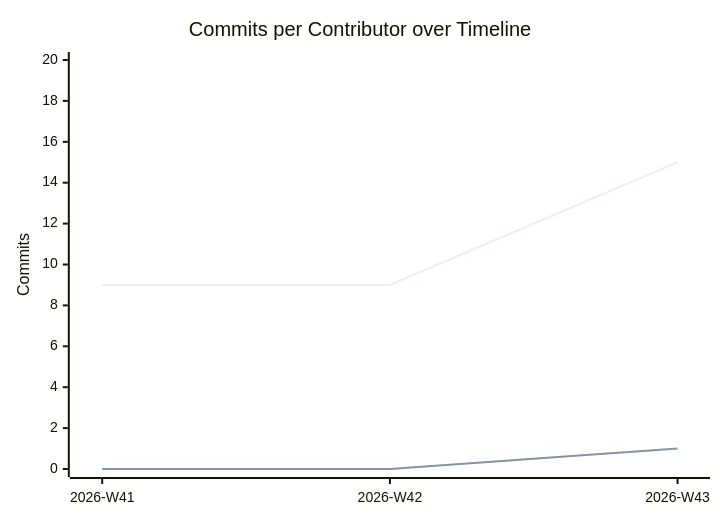
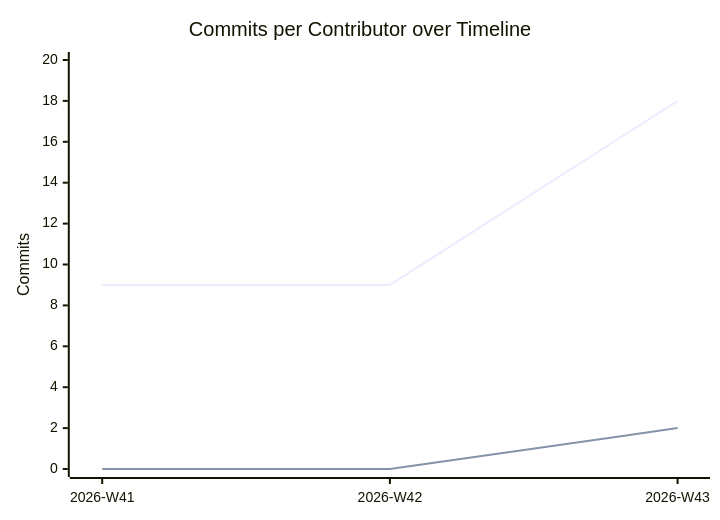
Before and after one commit to BeyondMagic/swe-template: the diagram in documentation/snippets/management/commit-velocity.mmd, drawn with Mermaid. The commit also changed 2 other files, not shown here.

```diff
--- a/documentation/snippets/management/commit-velocity.mmd
+++ b/documentation/snippets/management/commit-velocity.mmd
@@ -1,6 +1,6 @@
 xychart-beta
     title "Commits per Contributor over Timeline"
     x-axis ["2026-W41", "2026-W42", "2026-W43"]
     y-axis "Commits" 0 --> 20
-    line [9, 9, 15]
-    line [0, 0, 1]
+    line [9, 9, 18]
+    line [0, 0, 2]
```
